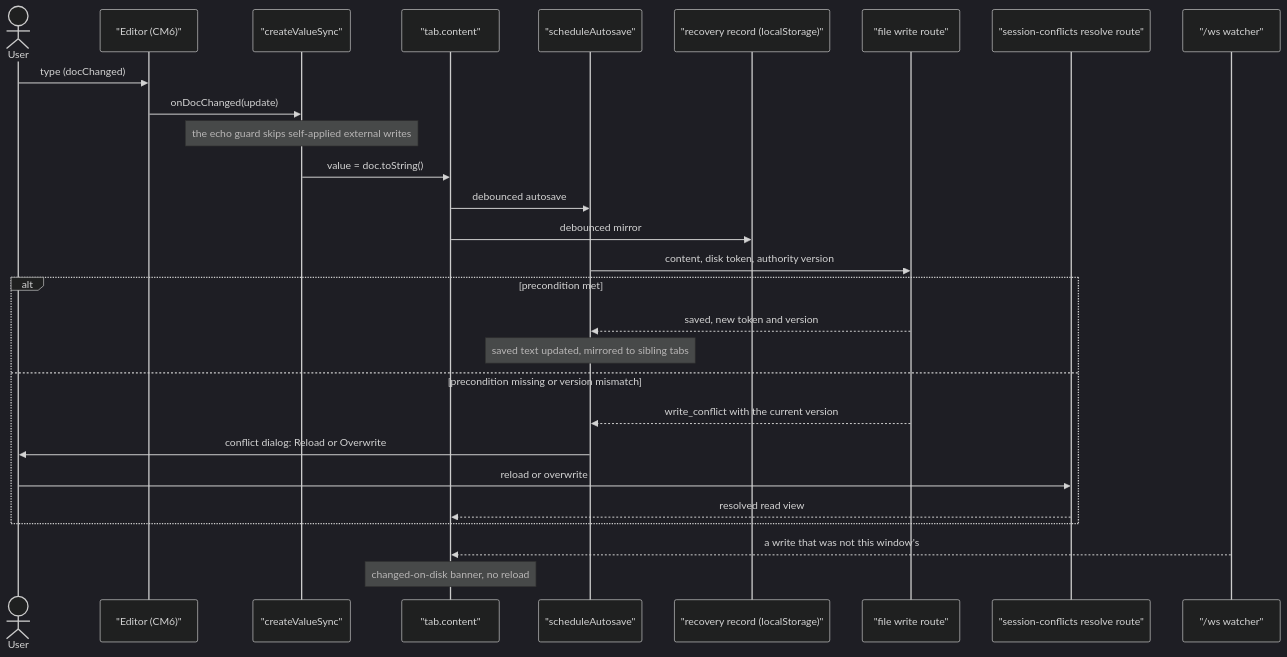
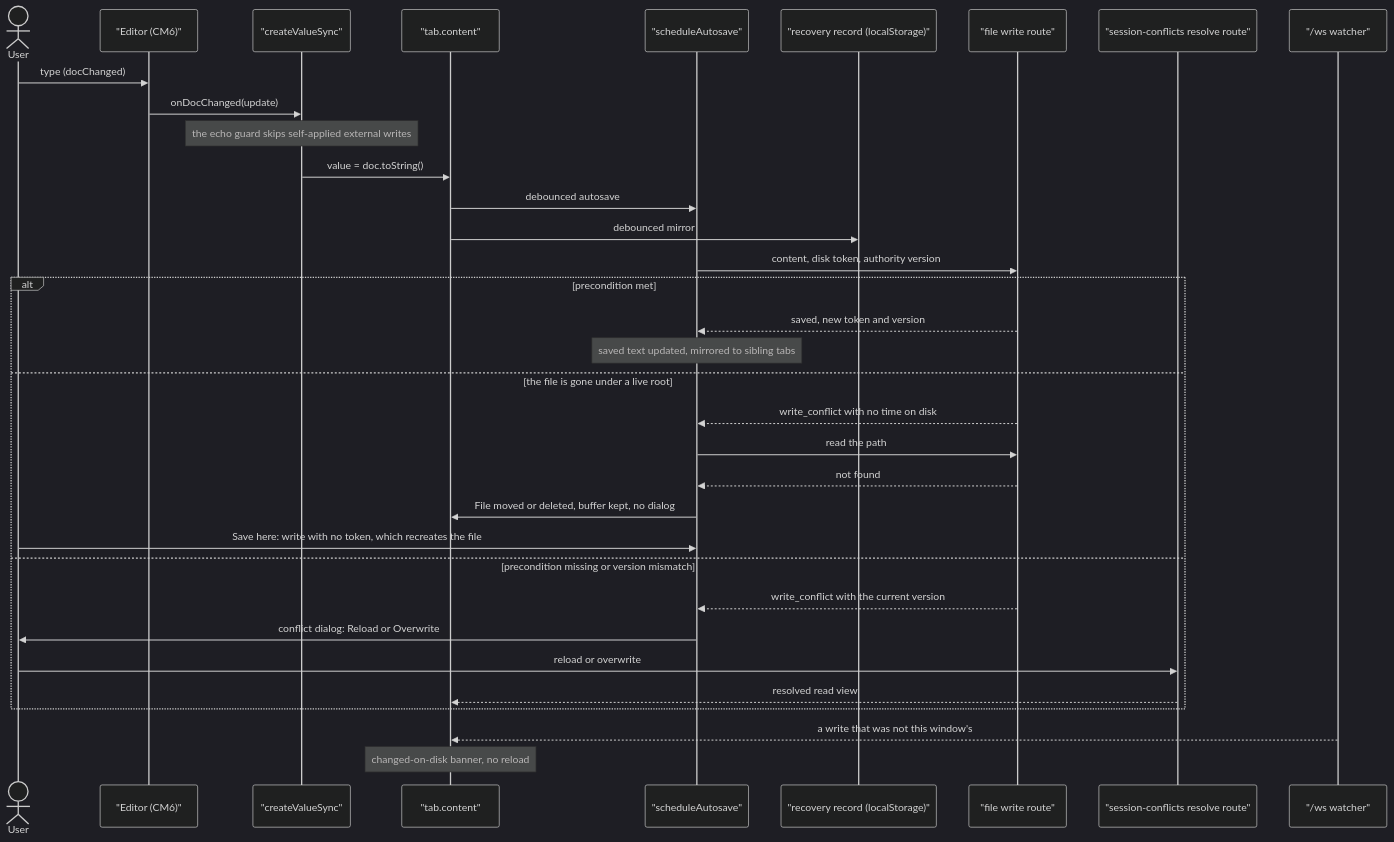
Before and after one commit to fiorix/chan: the fourth of 4 diagrams in web/packages/workspace-app/src/editor/design.md, drawn with Mermaid (dark theme). The commit also changed 5 other files, not shown here.

````diff
--- a/web/packages/workspace-app/src/editor/design.md
+++ b/web/packages/workspace-app/src/editor/design.md
@@ -166,31 +166,37 @@
 ```mermaid
 sequenceDiagram
     actor User
     participant CM as "Editor (CM6)"
     participant Sync as "createValueSync"
     participant Tab as "tab.content"
     participant Save as "scheduleAutosave"
     participant LS as "recovery record (localStorage)"
     participant Srv as "file write route"
     participant Res as "session-conflicts resolve route"
     participant WS as "/ws watcher"
 
     User->>CM: type (docChanged)
     CM->>Sync: onDocChanged(update)
     Note over Sync: the echo guard skips self-applied external writes
     Sync->>Tab: value = doc.toString()
     Tab->>Save: debounced autosave
     Tab->>LS: debounced mirror
     Save->>Srv: content, disk token, authority version
     alt precondition met
         Srv-->>Save: saved, new token and version
         Note over Save: saved text updated, mirrored to sibling tabs
+    else the file is gone under a live root
+        Srv-->>Save: write_conflict with no time on disk
+        Save->>Srv: read the path
+        Srv-->>Save: not found
+        Save->>Tab: File moved or deleted, buffer kept, no dialog
+        User->>Save: Save here: write with no token, which recreates the file
     else precondition missing or version mismatch
         Srv-->>Save: write_conflict with the current version
         Save->>User: conflict dialog: Reload or Overwrite
         User->>Res: reload or overwrite
         Res-->>Tab: resolved read view
     end
     WS-->>Tab: a write that was not this window's
     Note over Tab: changed-on-disk banner, no reload
 ```
````
